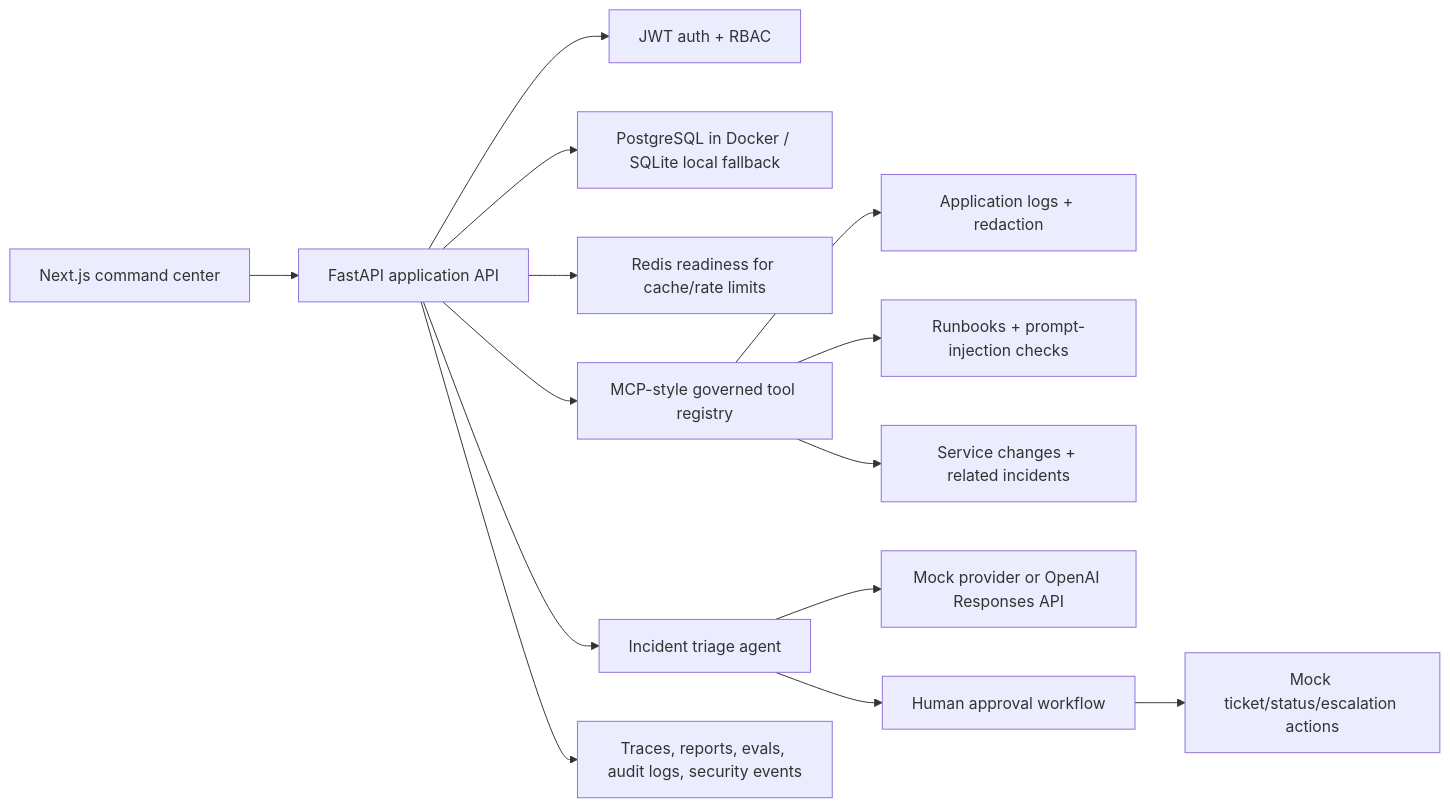
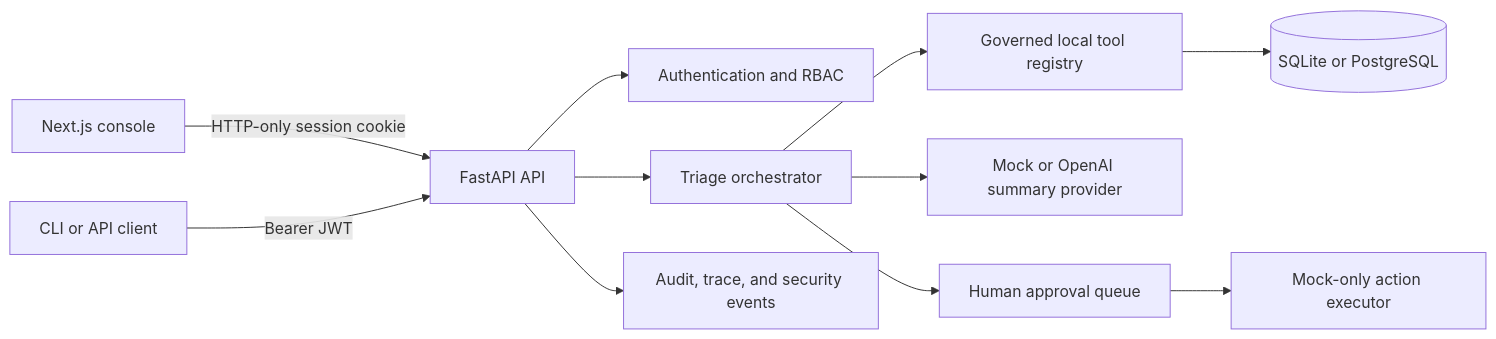
Before and after one commit to KarthikRamesh9149/Enterprise-AI-Incident-Triage-Automation-Agent: the diagram in README.md, drawn with Mermaid. The commit also changed other lines of this file and 13 other files, not shown here.

Commit message:
Harden authentication and security gates

````diff
--- a/README.md
+++ b/README.md
@@ -36,16 +20,13 @@
 ```mermaid
 flowchart LR
-  UI["Next.js command center"] --> API["FastAPI application API"]
-  API --> Auth["JWT auth + RBAC"]
-  API --> DB["PostgreSQL in Docker / SQLite local fallback"]
-  API --> Redis["Redis readiness for cache/rate limits"]
-  API --> Tools["MCP-style governed tool registry"]
-  Tools --> Logs["Application logs + redaction"]
-  Tools --> Runbooks["Runbooks + prompt-injection checks"]
-  Tools --> Changes["Service changes + related incidents"]
-  API --> Agent["Incident triage agent"]
-  Agent --> LLM["Mock provider or OpenAI Responses API"]
-  Agent --> Approvals["Human approval workflow"]
-  Approvals --> Actions["Mock ticket/status/escalation actions"]
-  API --> Evidence["Traces, reports, evals, audit logs, security events"]
+  Browser["Next.js console"] -->|"HTTP-only session cookie"| API["FastAPI API"]
+  Client["CLI or API client"] -->|"Bearer JWT"| API
+  API --> Auth["Authentication and RBAC"]
+  API --> Agent["Triage orchestrator"]
+  Agent --> Tools["Governed local tool registry"]
+  Agent --> LLM["Mock or OpenAI summary provider"]
+  Tools --> DB[("SQLite or PostgreSQL")]
+  Agent --> Approval["Human approval queue"]
+  Approval --> Mock["Mock-only action executor"]
+  API --> Audit["Audit, trace, and security events"]
 ```
````
